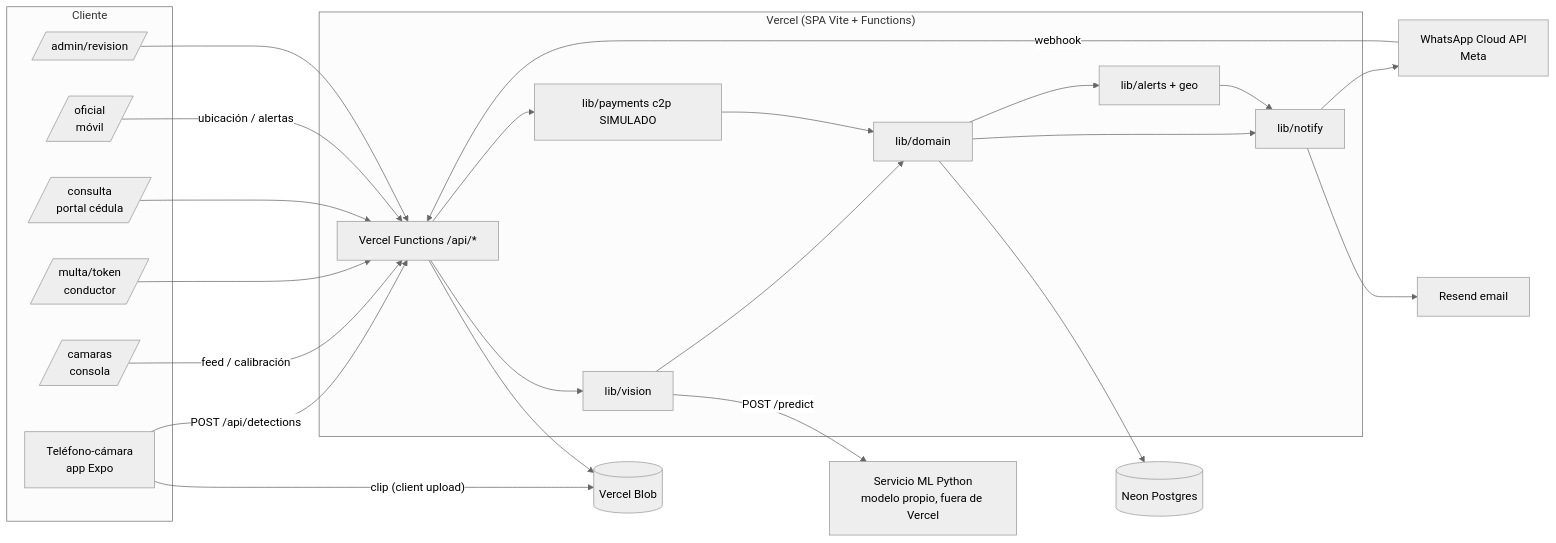
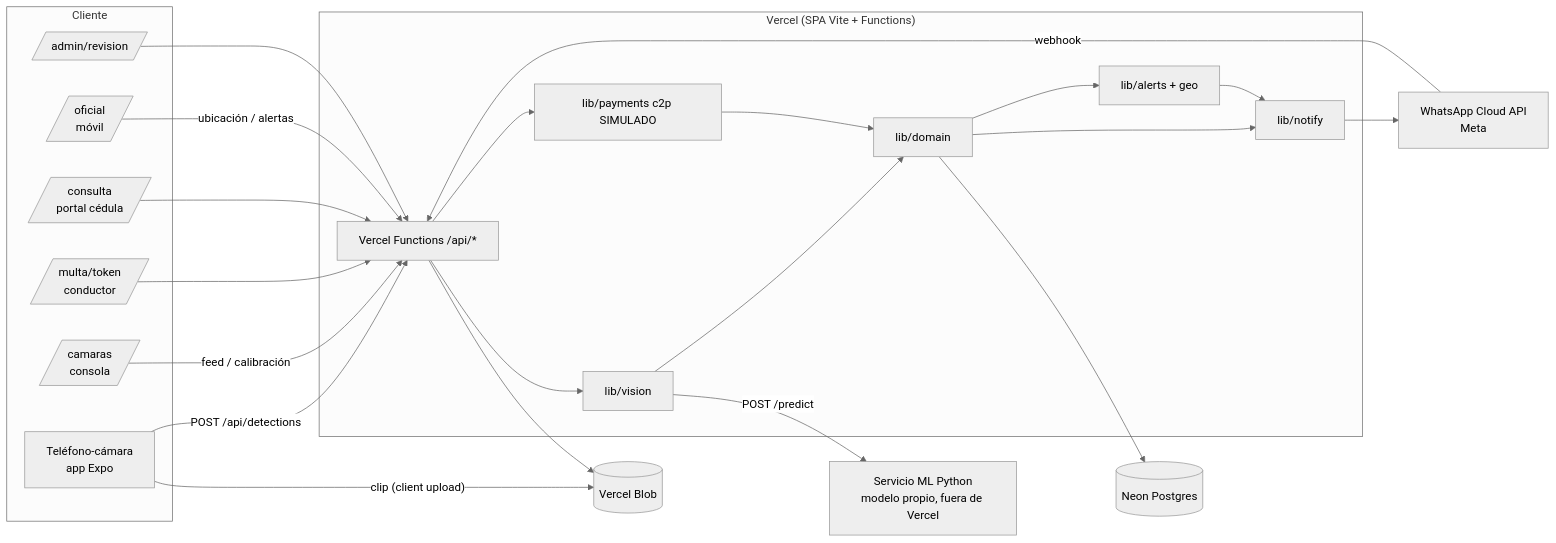
One commit to platanus-hack/platanus-hack-26-ve-team-20 changed the first of 3 diagrams in docs/02-arquitectura.md. Above: the diagram before and after it, drawn with Mermaid (neutral theme). The commit also changed other lines of this file and 13 other files, not shown here.

````diff
--- a/docs/02-arquitectura.md
+++ b/docs/02-arquitectura.md
@@ -20,39 +20,37 @@
 ```mermaid
 flowchart LR
   subgraph Cliente
     PH[Teléfono-cámara<br/>app Expo]
     SIM[/camaras<br/>consola/]
     DRV[/multa/token<br/>conductor/]
     POR[/consulta<br/>portal cédula/]
     OFF[/oficial<br/>móvil/]
     ADM[/admin/revision/]
   end
   subgraph Vercel["Vercel (SPA Vite + Functions)"]
     API[Vercel Functions /api/*]
     VIS[lib/vision]
     DOM[lib/domain]
     NOT[lib/notify]
     PAY[lib/payments c2p SIMULADO]
     ALR[lib/alerts + geo]
   end
   BLOB[(Vercel Blob)]
   DB[(Neon Postgres)]
   ML[Servicio ML Python<br/>modelo propio, fuera de Vercel]
   KP[WhatsApp Cloud API<br/>Meta]
-  RS[Resend email]
 
   PH -- clip (client upload) --> BLOB
   PH -- POST /api/detections --> API
   SIM -- feed / calibración --> API
   API --> VIS -- POST /predict --> ML
   VIS --> DOM --> DB
   DOM --> NOT --> KP
-  NOT --> RS
   DOM --> ALR --> NOT
   DRV --> API --> PAY --> DOM
   POR --> API
   OFF -- ubicación / alertas --> API
   ADM --> API
   KP -- webhook --> API
   API --> BLOB
 ```
````
